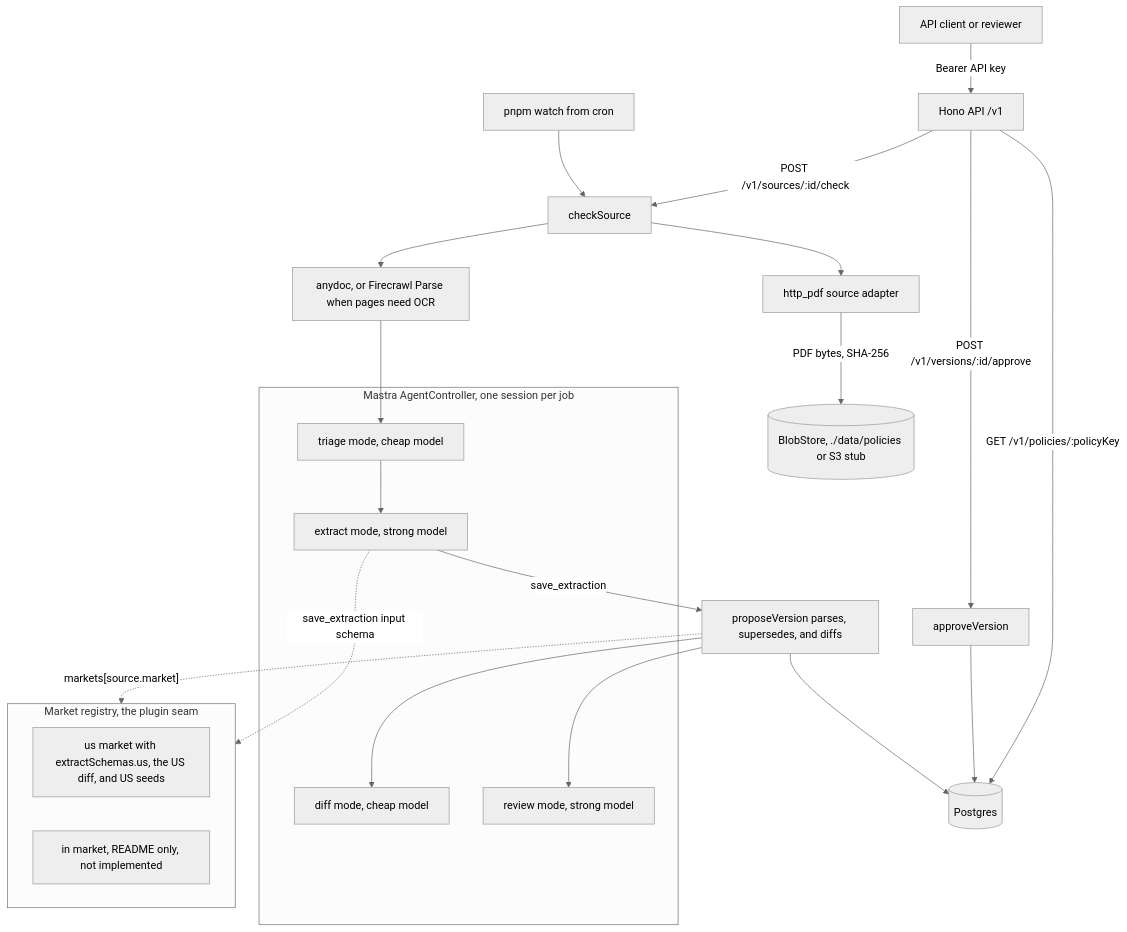
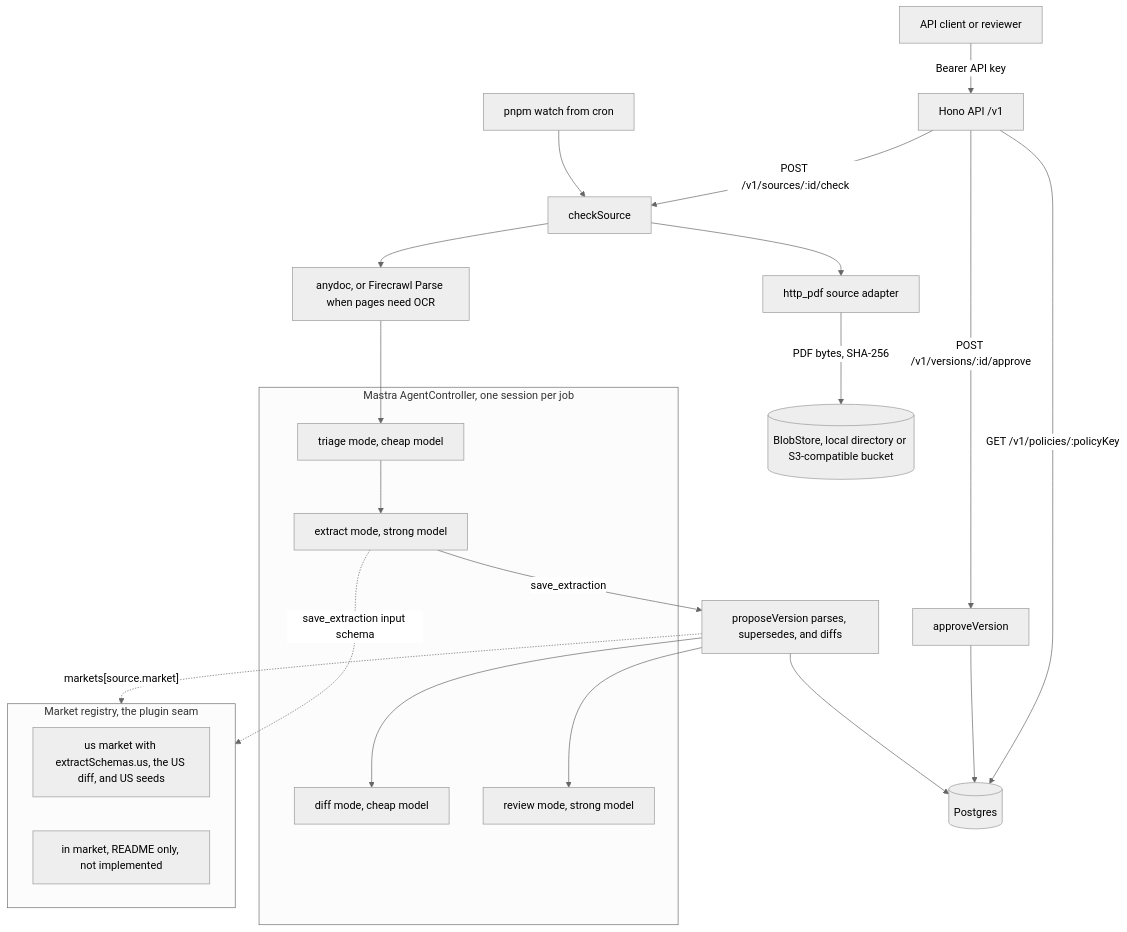
One commit to AmitMirgal/anumat changed the diagram in README.md. Above: the diagram before and after it, drawn with Mermaid (neutral theme). The commit also changed other lines of this file and 9 other files, not shown here.

````diff
--- a/README.md
+++ b/README.md
@@ -59,28 +59,28 @@
 ```mermaid
 flowchart TD
   client["API client or reviewer"] -->|Bearer API key| api["Hono API /v1"]
   cron["pnpm watch from cron"] --> check
   api -->|"POST /v1/sources/:id/check"| check["checkSource"]
   check --> adapter["http_pdf source adapter"]
-  adapter -->|"PDF bytes, SHA-256"| blobs[("BlobStore, ./data/policies or S3 stub")]
+  adapter -->|"PDF bytes, SHA-256"| blobs[("BlobStore, local directory or S3-compatible bucket")]
   check --> convert["anydoc, or Firecrawl Parse when pages need OCR"]
   convert --> triage
   subgraph agent["Mastra AgentController, one session per job"]
     triage["triage mode, cheap model"] --> extract["extract mode, strong model"]
     diffmode["diff mode, cheap model"]
     reviewmode["review mode, strong model"]
   end
   extract -->|save_extraction| propose["proposeVersion parses, supersedes, and diffs"]
   propose --> db[("Postgres")]
   propose --> diffmode
   propose --> reviewmode
   api -->|"POST /v1/versions/:id/approve"| approve["approveVersion"]
   approve --> db
   api -->|"GET /v1/policies/:policyKey"| db
   subgraph markets["Market registry, the plugin seam"]
     us["us market with extractSchemas.us, the US diff, and US seeds"]
     india["in market, README only, not implemented"]
   end
   propose -.->|"markets[source.market]"| markets
   extract -.->|"save_extraction input schema"| markets
 ```
````
